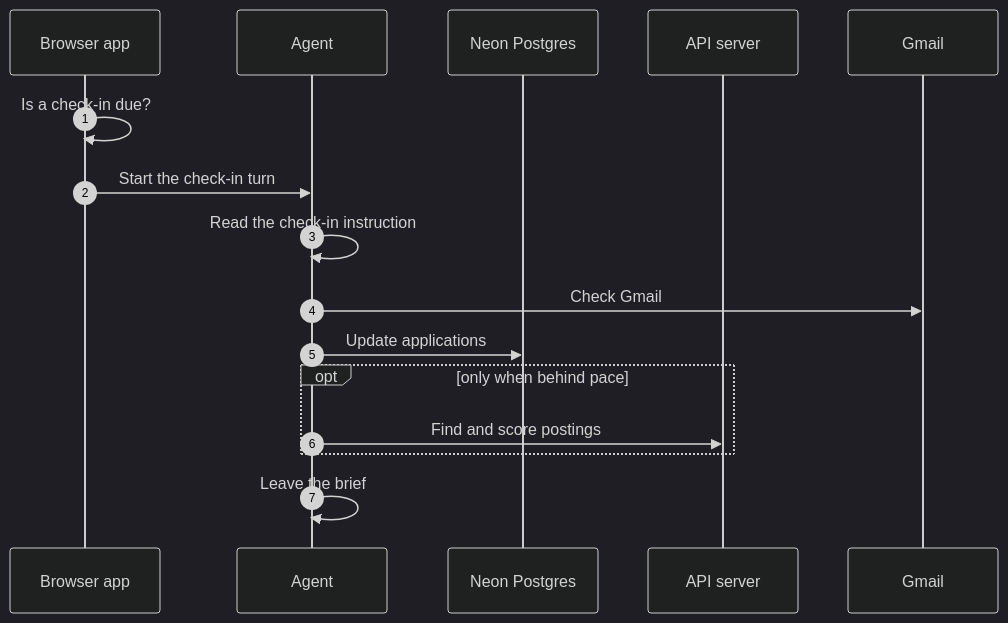
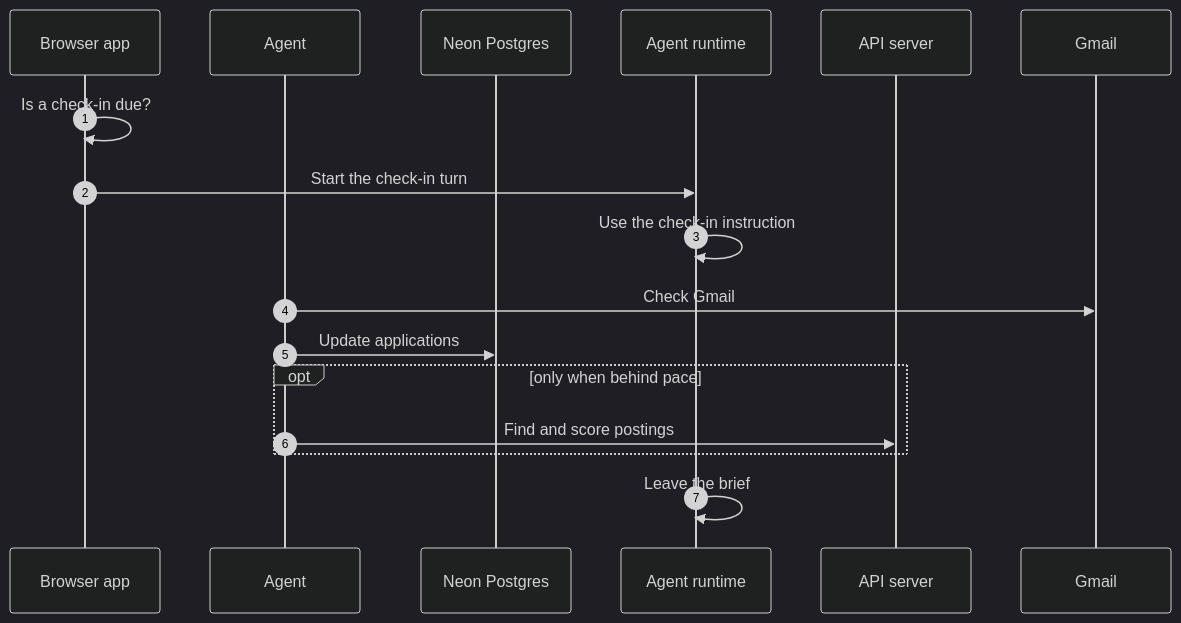
Before and after one commit to lngsa1234/mini-muse-mvp: the diagram in docs/architecture/workflows/daily-check-in.md, drawn with Mermaid (dark theme). The commit also changed other lines of this file and 23 other files, not shown here.

First line of the commit message:
Docs: specs, workflows and baseline for the server-side agent

````diff
--- a/docs/architecture/workflows/daily-check-in.md
+++ b/docs/architecture/workflows/daily-check-in.md
@@ -15,18 +15,19 @@
 ```mermaid
 sequenceDiagram
   autonumber
   participant client as Browser app
   participant agent as Agent
   participant data as Neon Postgres
-  participant server as API server
+  participant server as Agent runtime
+  participant server1 as API server
   participant external as Gmail
   client->>client: Is a check-in due?
-  client->>agent: Start the check-in turn
-  agent->>agent: Read the check-in instruction
+  client->>server: Start the check-in turn
+  server->>server: Use the check-in instruction
   agent->>external: Check Gmail
   agent->>data: Update applications
   opt only when behind pace
-  agent->>server: Find and score postings
+  agent->>server1: Find and score postings
   end
-  agent->>agent: Leave the brief
+  server->>server: Leave the brief
 ```
````
